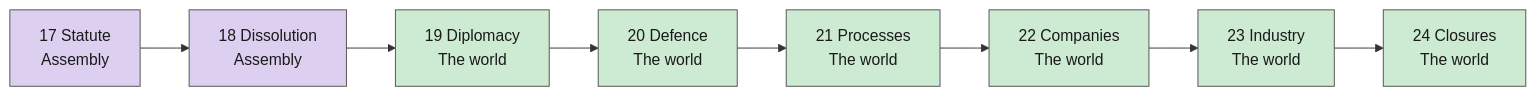
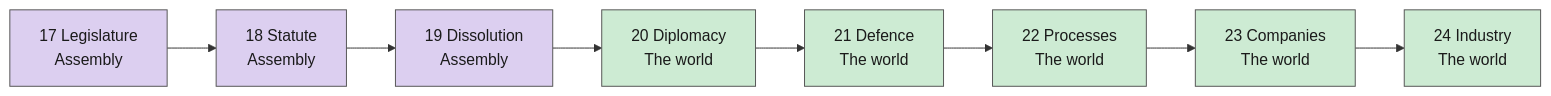
The third of 5 diagrams in docs/tick-order.md (powerbassist/World-simulator), drawn with Mermaid before and after one commit. The commit also changed other lines of this file and 12 other files, not shown here.

````diff
--- a/docs/tick-order.md
+++ b/docs/tick-order.md
@@ -63,18 +63,18 @@
 ```mermaid
 flowchart LR
-  s17["17 Statute<br/>Assembly"]:::g2
-  s18["18 Dissolution<br/>Assembly"]:::g2
-  s19["19 Diplomacy<br/>The world"]:::g3
-  s20["20 Defence<br/>The world"]:::g3
-  s21["21 Processes<br/>The world"]:::g3
-  s22["22 Companies<br/>The world"]:::g3
-  s23["23 Industry<br/>The world"]:::g3
-  s24["24 Closures<br/>The world"]:::g3
+  s17["17 Legislature<br/>Assembly"]:::g2
+  s18["18 Statute<br/>Assembly"]:::g2
+  s19["19 Dissolution<br/>Assembly"]:::g2
+  s20["20 Diplomacy<br/>The world"]:::g3
+  s21["21 Defence<br/>The world"]:::g3
+  s22["22 Processes<br/>The world"]:::g3
+  s23["23 Companies<br/>The world"]:::g3
+  s24["24 Industry<br/>The world"]:::g3
   s17 --> s18 --> s19 --> s20 --> s21 --> s22 --> s23 --> s24
   classDef g0 fill:#cfe3f7,stroke:#555,color:#1a1a1a
   classDef g1 fill:#f6dcc2,stroke:#555,color:#1a1a1a
   classDef g2 fill:#dccff0,stroke:#555,color:#1a1a1a
   classDef g3 fill:#cdebd3,stroke:#555,color:#1a1a1a
   classDef g4 fill:#f3e7b5,stroke:#555,color:#1a1a1a
   classDef g5 fill:#f2cfd3,stroke:#555,color:#1a1a1a
 ```
````
